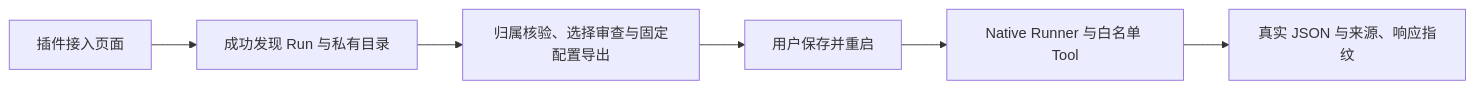
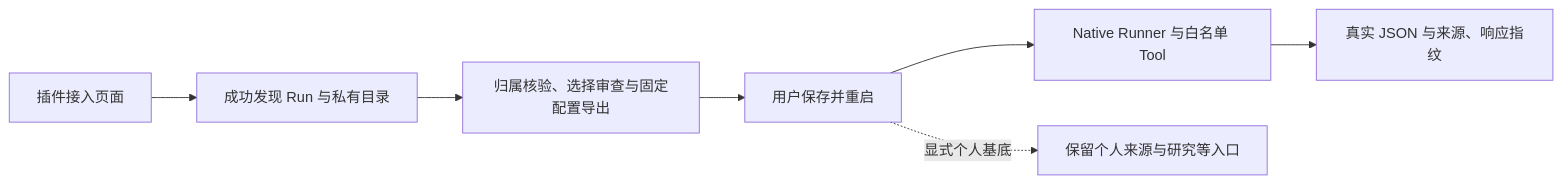
The fifth of 8 diagrams in backend/src/platform/FEATURE.md (KlayPeter/AI-Delivery-Ops-Agent), drawn with Mermaid before and after one commit. The commit also changed other lines of this file and 20 other files, not shown here.

````diff
--- a/backend/src/platform/FEATURE.md
+++ b/backend/src/platform/FEATURE.md
@@ -394,8 +407,9 @@
 ```mermaid
 flowchart LR
     OA_UI[插件接入页面] --> OA_RUN[成功发现 Run 与私有目录]
     OA_RUN --> OA_EXPORT[归属核验、选择审查与固定配置导出]
     OA_EXPORT --> OA_START[用户保存并重启]
     OA_START --> OA_GATE[Native Runner 与白名单 Tool]
+    OA_START -. 显式个人基底 .-> OA_PERSONAL[保留个人来源与研究等入口]
     OA_GATE --> OA_HISTORY[真实 JSON 与来源、响应指纹]
 ```
````
